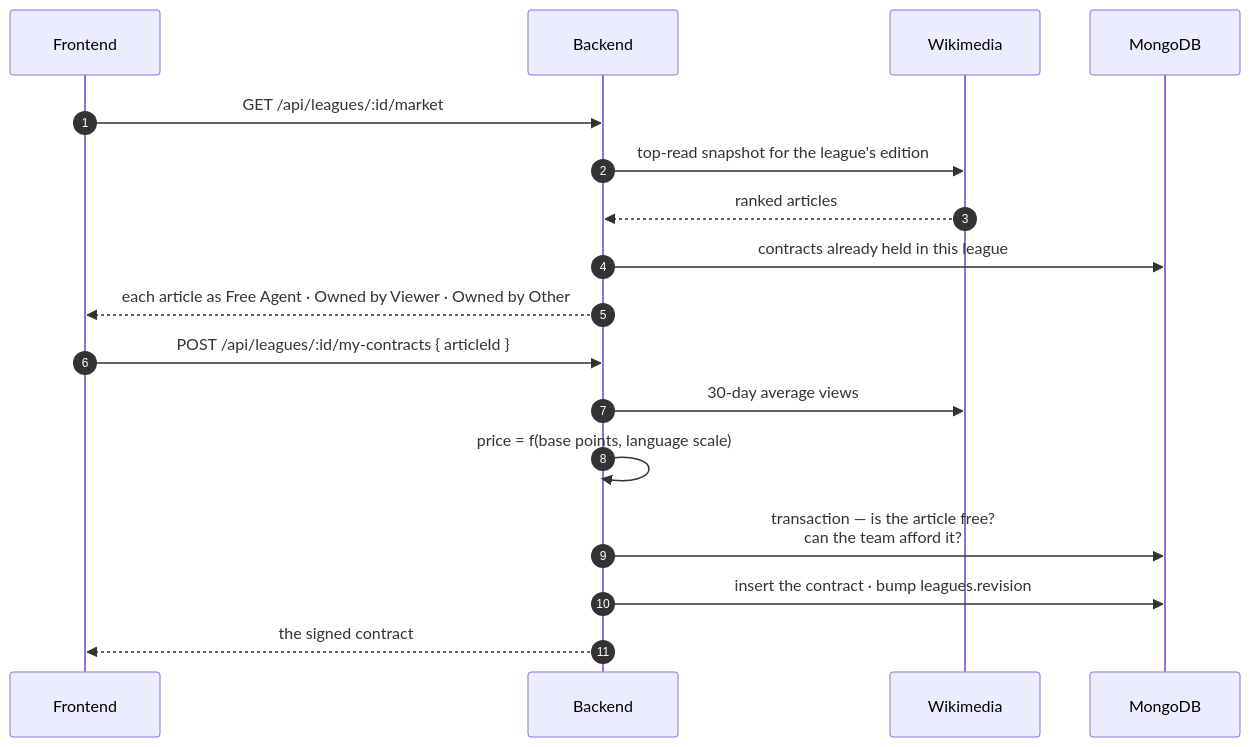
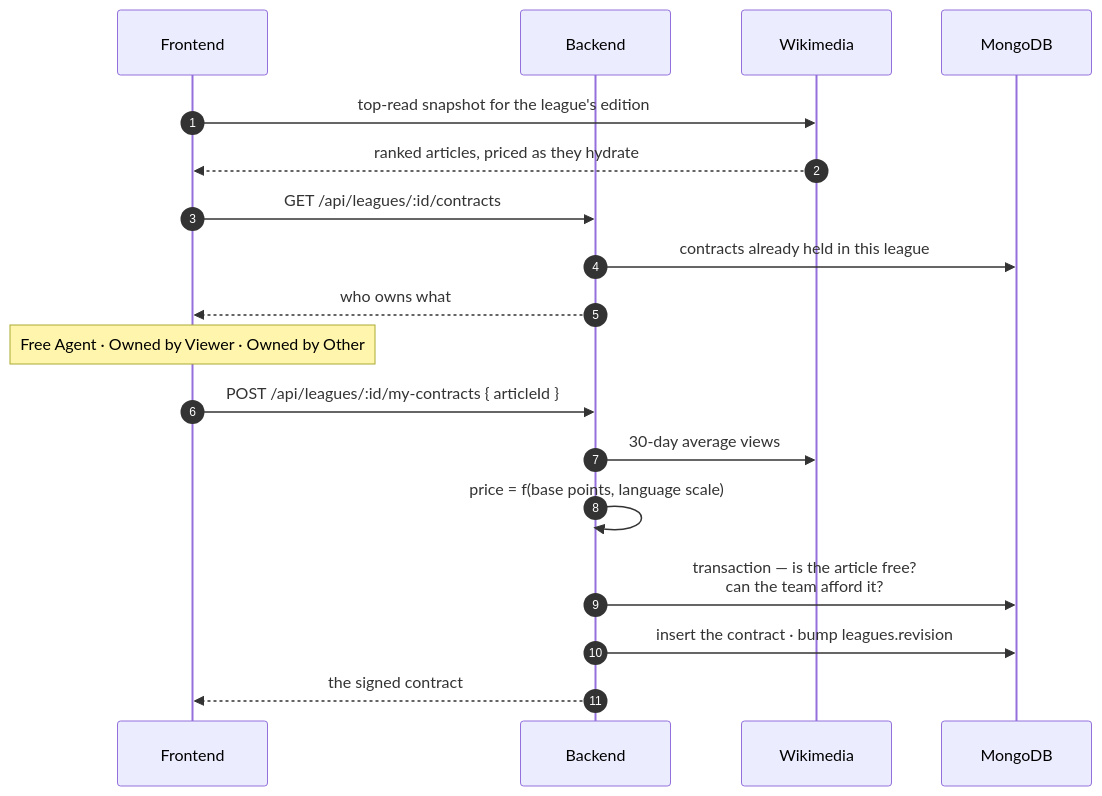
The third of 6 diagrams in docs/site/pages/architecture/data-flow.md (FantasyWiki/FantasyWiki), drawn with Mermaid before and after one commit. The commit also changed other lines of this file and 33 other files, not shown here.

````diff
--- a/docs/site/pages/architecture/data-flow.md
+++ b/docs/site/pages/architecture/data-flow.md
@@ -120,21 +120,22 @@
 ```mermaid
 sequenceDiagram
   autonumber
   participant FE as Frontend
   participant BE as Backend
   participant WM as Wikimedia
   participant DB as MongoDB
 
-  FE->>BE: GET /api/leagues/:id/market
-  BE->>WM: top-read snapshot for the league's edition
-  WM-->>BE: ranked articles
+  FE->>WM: top-read snapshot for the league's edition
+  WM-->>FE: ranked articles, priced as they hydrate
+  FE->>BE: GET /api/leagues/:id/contracts
   BE->>DB: contracts already held in this league
-  BE-->>FE: each article as Free Agent · Owned by Viewer · Owned by Other
+  BE-->>FE: who owns what
+  Note over FE: Free Agent · Owned by Viewer · Owned by Other
 
   FE->>BE: POST /api/leagues/:id/my-contracts { articleId }
   BE->>WM: 30-day average views
   BE->>BE: price = f(base points, language scale)
   BE->>DB: transaction — is the article free?<br/>can the team afford it?
   BE->>DB: insert the contract · bump leagues.revision
   BE-->>FE: the signed contract
 ```
````
